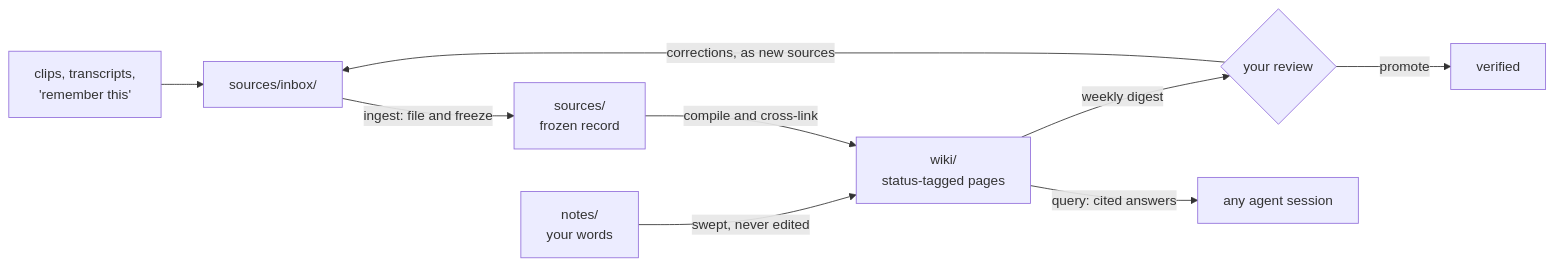
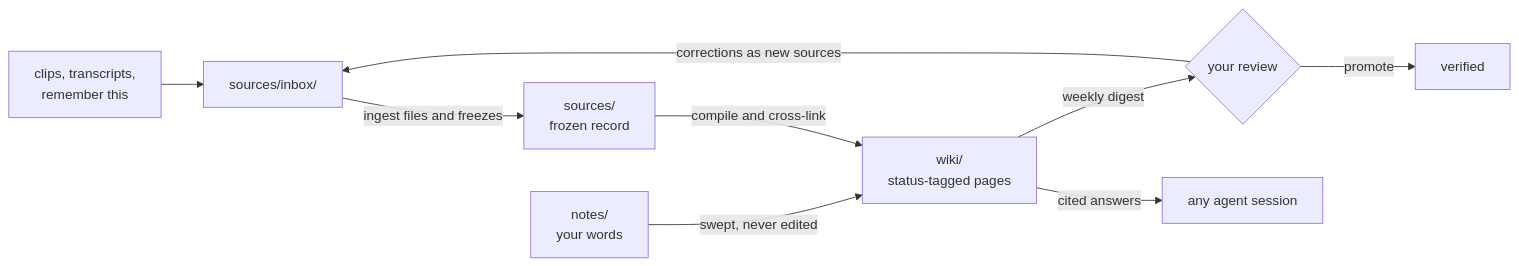
The diagram in README.md (AlexHagemeister/exocortex), drawn with Mermaid before and after one commit.

Commit message:
README: fix mermaid syntax — pipe edge labels, no colons in labels
The quoted edge-label form with colons failed to parse in GitHub's
renderer (iframe collapsed to zero height).

````diff
--- a/README.md
+++ b/README.md
@@ -107,11 +107,11 @@
 ```mermaid
 flowchart LR
-    C["clips, transcripts,<br>'remember this'"] --> IN["sources/inbox/"]
-    IN -- "ingest: file and freeze" --> S["sources/<br>frozen record"]
-    NT["notes/<br>your words"] -- "swept, never edited" --> W
-    S -- "compile and cross-link" --> W["wiki/<br>status-tagged pages"]
-    W -- "weekly digest" --> RV{"your review"}
-    RV -- "promote" --> V["verified"]
-    RV -- "corrections, as new sources" --> IN
-    W -- "query: cited answers" --> Q["any agent session"]
+    C["clips, transcripts,<br/>remember this"] --> IN["sources/inbox/"]
+    IN -->|ingest files and freezes| S["sources/<br/>frozen record"]
+    NT["notes/<br/>your words"] -->|swept, never edited| W
+    S -->|compile and cross-link| W["wiki/<br/>status-tagged pages"]
+    W -->|weekly digest| RV{your review}
+    RV -->|promote| V[verified]
+    RV -->|corrections as new sources| IN
+    W -->|cited answers| Q[any agent session]
 ```
````
